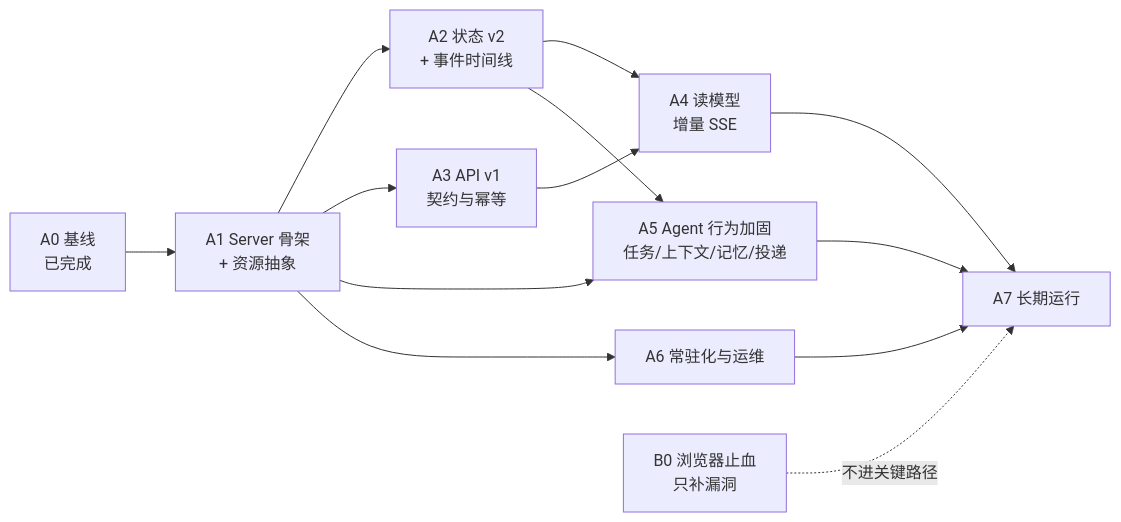
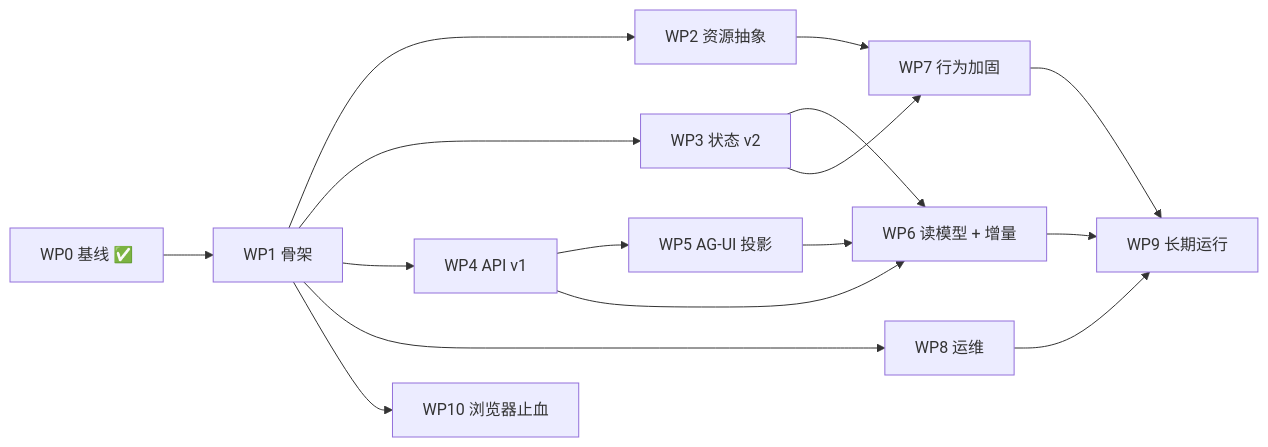
The diagram in docs/design/roadmap.md (YS-BW/Point), drawn with Mermaid before and after one commit. The commit also changed other lines of this file and 3 other files, not shown here.

First line of the commit message:
docs: work-package roadmap, agent collaboration entry, AG-UI protocol decision

````diff
--- a/docs/design/roadmap.md
+++ b/docs/design/roadmap.md
@@ -31,15 +44,18 @@
 ```mermaid
 flowchart LR
-    A0[A0 基线<br/>已完成] --> A1[A1 Server 骨架<br/>+ 资源抽象]
-    A1 --> A2[A2 状态 v2<br/>+ 事件时间线]
-    A1 --> A3[A3 API v1<br/>契约与幂等]
-    A2 --> A4[A4 读模型<br/>增量 SSE]
-    A3 --> A4
-    A1 --> A5[A5 Agent 行为加固<br/>任务/上下文/记忆/投递]
-    A2 --> A5
-    A1 --> A6[A6 常驻化与运维]
-    A4 --> A7[A7 长期运行]
-    A5 --> A7
-    A6 --> A7
-    B0[B0 浏览器止血<br/>只补漏洞] -.不进关键路径.-> A7
+    WP0[WP0 基线 ✅] --> WP1[WP1 骨架]
+    WP1 --> WP2[WP2 资源抽象]
+    WP1 --> WP3[WP3 状态 v2]
+    WP1 --> WP4[WP4 API v1]
+    WP1 --> WP8[WP8 运维]
+    WP1 --> WP10[WP10 浏览器止血]
+    WP4 --> WP5[WP5 AG-UI 投影]
+    WP3 --> WP6[WP6 读模型 + 增量]
+    WP4 --> WP6
+    WP5 --> WP6
+    WP2 --> WP7[WP7 行为加固]
+    WP3 --> WP7
+    WP6 --> WP9[WP9 长期运行]
+    WP7 --> WP9
+    WP8 --> WP9
 ```
````
